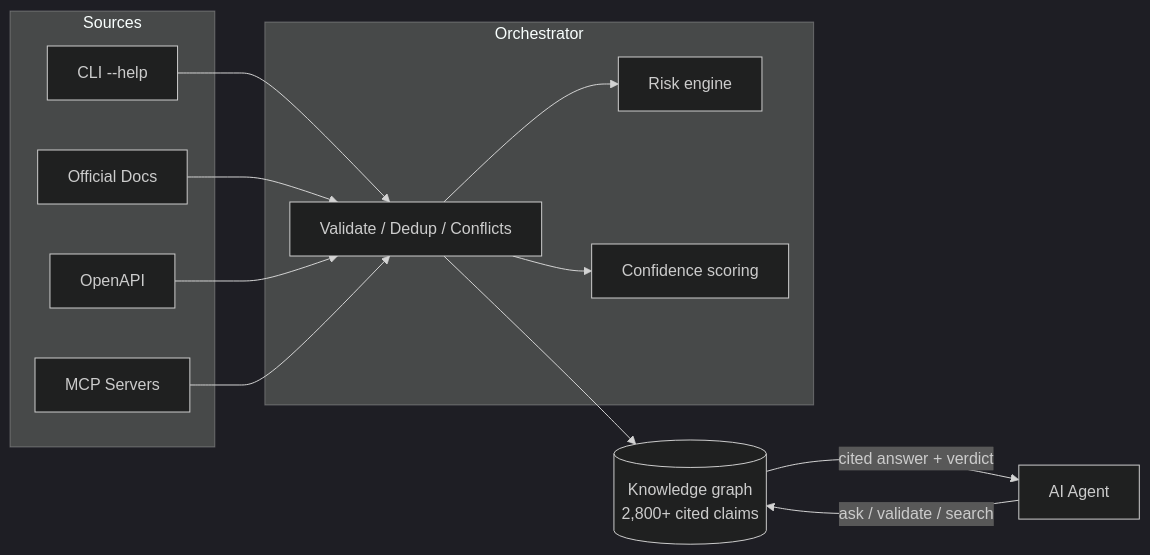
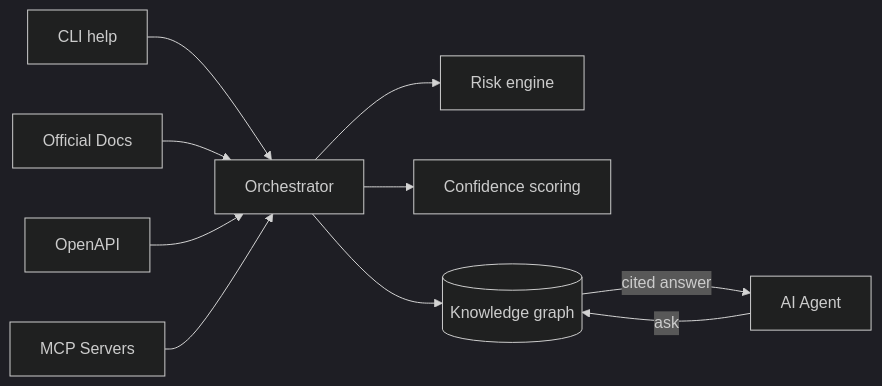
One commit to ruth411/AgentAtlas changed the diagram in README.md. Above: the diagram before and after it, drawn with Mermaid (dark theme).

````diff
--- a/README.md
+++ b/README.md
@@ -479,30 +479,26 @@
 ```mermaid
 flowchart LR
-    subgraph Sources["Sources"]
-        CLI["CLI --help"]
-        DOCS["Official Docs"]
-        OAS["OpenAPI"]
-        MCP["MCP Servers"]
-    end
+    CLI[CLI help]
+    DOCS[Official Docs]
+    OAS[OpenAPI]
+    MCP[MCP Servers]
 
-    subgraph Engine["Orchestrator"]
-        ORCH["Validate / Dedup / Conflicts"]
-        RISK["Risk engine"]
-        CONF["Confidence scoring"]
-    end
+    ORCH[Orchestrator]
+    RISK[Risk engine]
+    CONF[Confidence scoring]
 
-    GRAPH[("Knowledge graph<br/>2,800+ cited claims")]
-    AGENT["AI Agent"]
+    GRAPH[(Knowledge graph)]
+    AGENT[AI Agent]
 
     CLI --> ORCH
     DOCS --> ORCH
     OAS --> ORCH
     MCP --> ORCH
 
     ORCH --> RISK
     ORCH --> CONF
     ORCH --> GRAPH
 
-    AGENT -->|"ask / validate / search"| GRAPH
-    GRAPH -->|"cited answer + verdict"| AGENT
+    AGENT -->|ask| GRAPH
+    GRAPH -->|cited answer| AGENT
 ```
````
